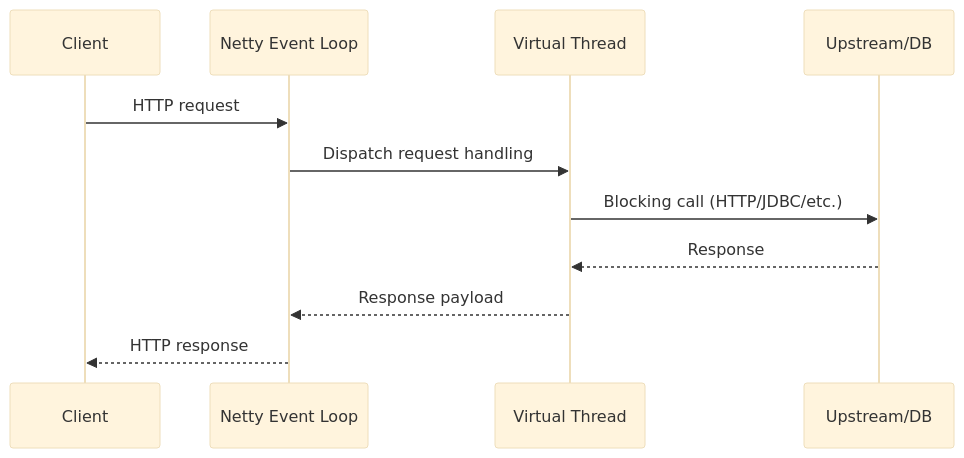
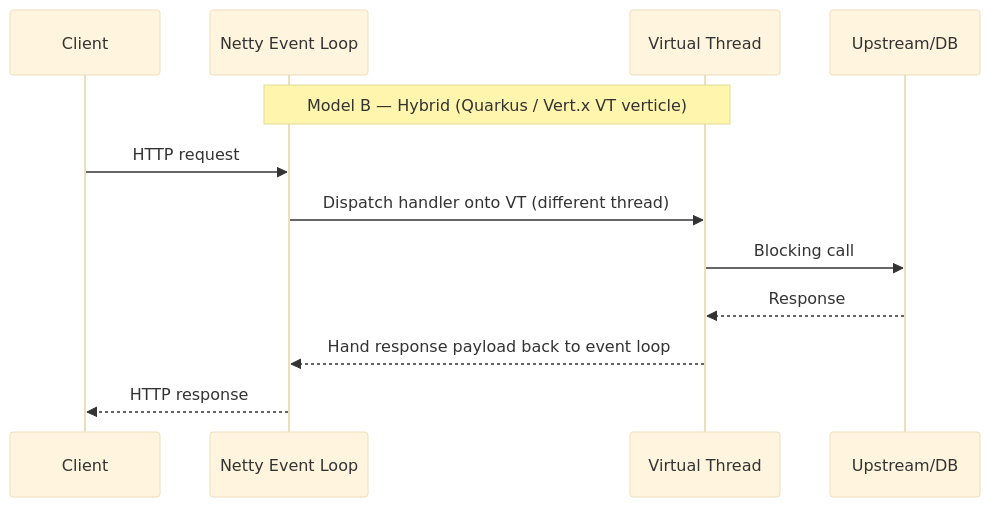
The fourth of 4 diagrams in java/java-fundamentals/concurrency/virtual-threads.md (quan0401/learning_docs), drawn with Mermaid (base theme) before and after one commit. The commit also changed other lines of this file, not shown here.

Commit message:
Enhance documentation on Loom with Netty, detailing architectural models and operational guidelines

````diff
--- a/java/java-fundamentals/concurrency/virtual-threads.md
+++ b/java/java-fundamentals/concurrency/virtual-threads.md
@@ -306,14 +347,15 @@
 ```mermaid
 sequenceDiagram
   participant C as Client
   participant N as Netty Event Loop
   participant V as Virtual Thread
   participant U as Upstream/DB
 
+  Note over N,V: Model B — Hybrid (Quarkus / Vert.x VT verticle)
   C->>N: HTTP request
-  N->>V: Dispatch request handling
-  V->>U: Blocking call (HTTP/JDBC/etc.)
+  N->>V: Dispatch handler onto VT (different thread)
+  V->>U: Blocking call
   U-->>V: Response
-  V-->>N: Response payload
+  V-->>N: Hand response payload back to event loop
   N-->>C: HTTP response
 ```
````
